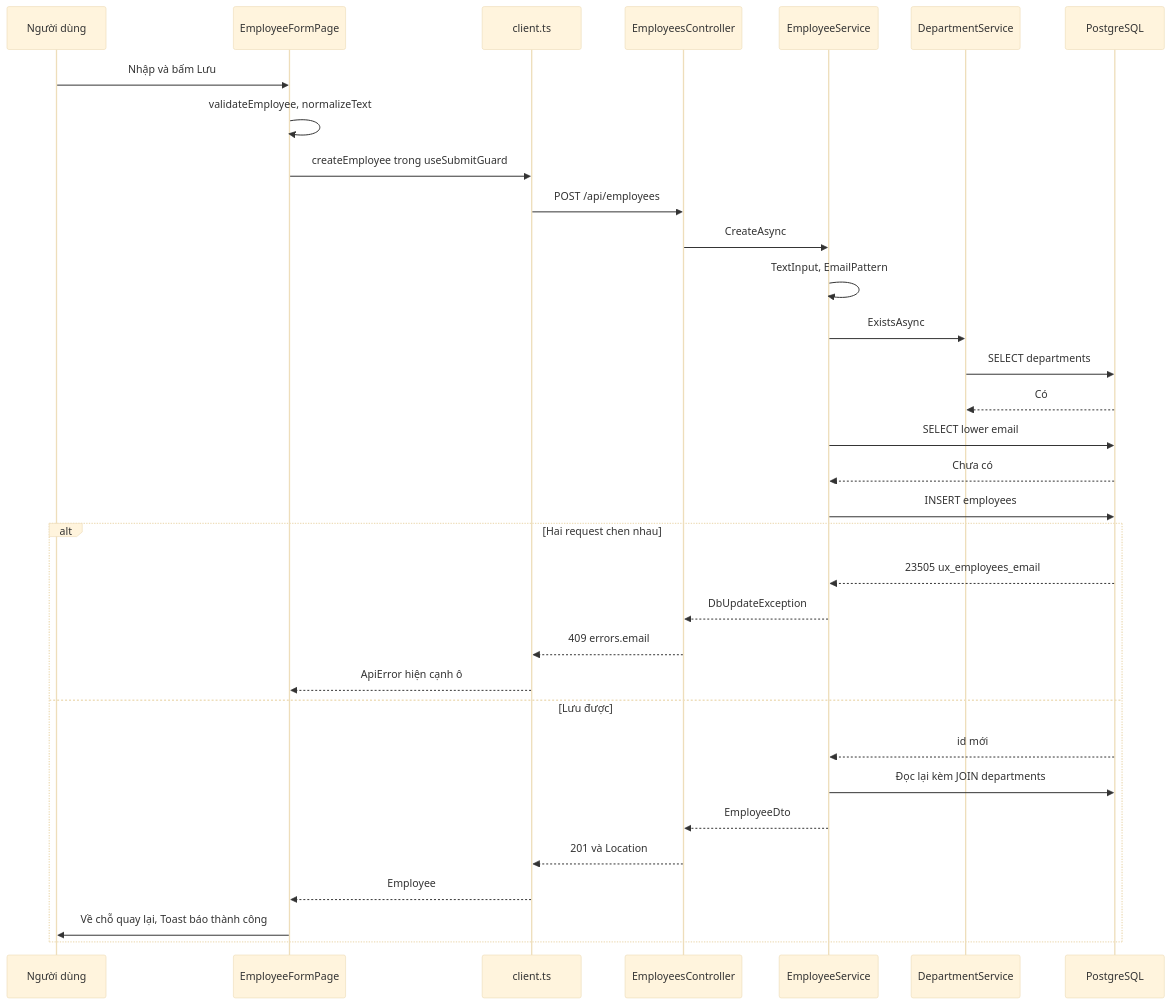
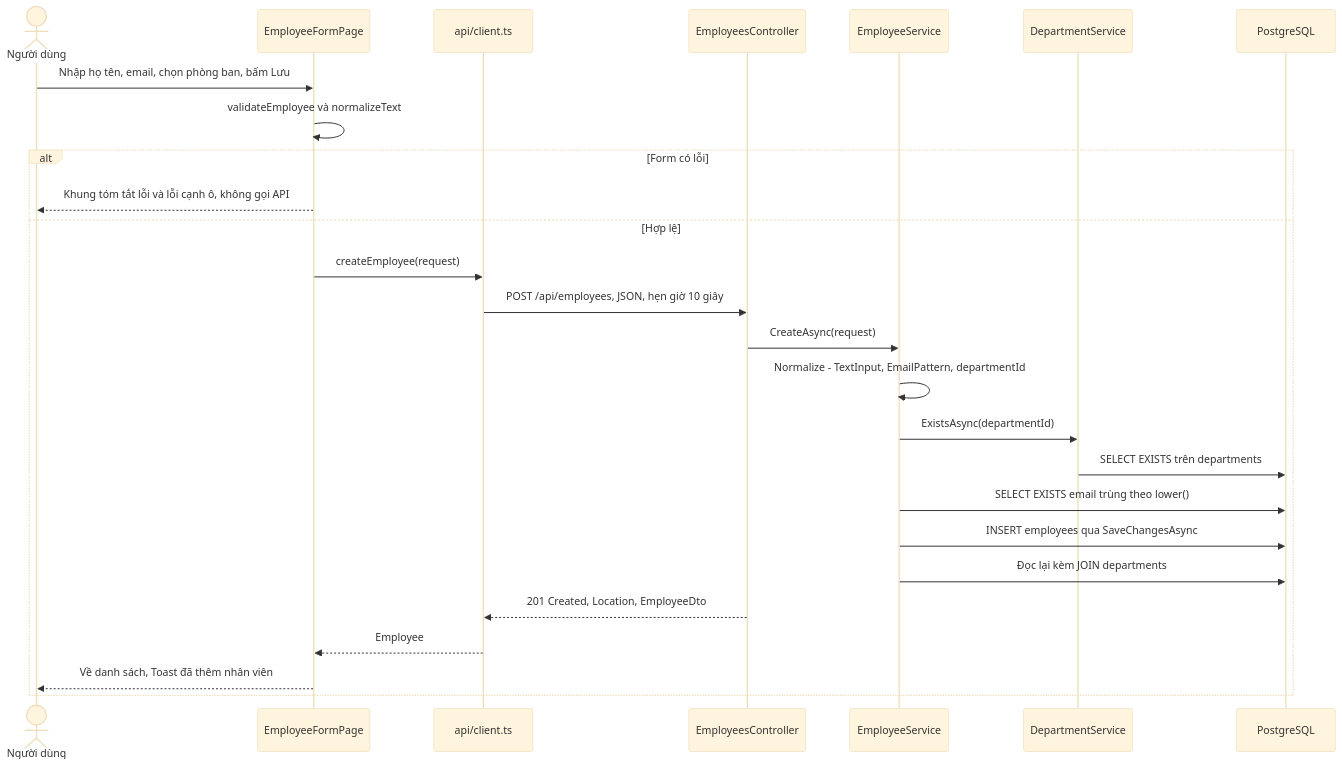
One commit to Minnhiep/employee-crud changed the second of 5 diagrams in aidlc/spaces/default/codekb/employee-crud/architecture.md. Above: the diagram before and after it, drawn with Mermaid (base theme). The commit also changed other lines of this file and 27 other files, not shown here.

````diff
--- a/aidlc/spaces/default/codekb/employee-crud/architecture.md
+++ b/aidlc/spaces/default/codekb/employee-crud/architecture.md
@@ -84,35 +99,28 @@
 ```mermaid
 sequenceDiagram
-    participant U as Người dùng
-    participant F as EmployeeFormPage
-    participant C as client.ts
-    participant A as EmployeesController
-    participant S as EmployeeService
-    participant D as DepartmentService
-    participant P as PostgreSQL
-    U->>F: Nhập và bấm Lưu
-    F->>F: validateEmployee, normalizeText
-    F->>C: createEmployee trong useSubmitGuard
-    C->>A: POST /api/employees
-    A->>S: CreateAsync
-    S->>S: TextInput, EmailPattern
-    S->>D: ExistsAsync
-    D->>P: SELECT departments
-    P-->>D: Có
-    S->>P: SELECT lower email
-    P-->>S: Chưa có
-    S->>P: INSERT employees
-    alt Hai request chen nhau
-        P-->>S: 23505 ux_employees_email
-        S-->>A: DbUpdateException
-        A-->>C: 409 errors.email
-        C-->>F: ApiError hiện cạnh ô
-    else Lưu được
-        P-->>S: id mới
-        S->>P: Đọc lại kèm JOIN departments
-        S-->>A: EmployeeDto
-        A-->>C: 201 và Location
-        C-->>F: Employee
-        F->>U: Về chỗ quay lại, Toast báo thành công
-    end
+  actor U as Người dùng
+  participant F as EmployeeFormPage
+  participant C as api/client.ts
+  participant EC as EmployeesController
+  participant ES as EmployeeService
+  participant DS as DepartmentService
+  participant PG as PostgreSQL
+  U->>F: Nhập họ tên, email, chọn phòng ban, bấm Lưu
+  F->>F: validateEmployee và normalizeText
+  alt Form có lỗi
+    F-->>U: Khung tóm tắt lỗi và lỗi cạnh ô, không gọi API
+  else Hợp lệ
+    F->>C: createEmployee(request)
+    C->>EC: POST /api/employees, JSON, hẹn giờ 10 giây
+    EC->>ES: CreateAsync(request)
+    ES->>ES: Normalize - TextInput, EmailPattern, departmentId
+    ES->>DS: ExistsAsync(departmentId)
+    DS->>PG: SELECT EXISTS trên departments
+    ES->>PG: SELECT EXISTS email trùng theo lower()
+    ES->>PG: INSERT employees qua SaveChangesAsync
+    ES->>PG: Đọc lại kèm JOIN departments
+    EC-->>C: 201 Created, Location, EmployeeDto
+    C-->>F: Employee
+    F-->>U: Về danh sách, Toast đã thêm nhân viên
+  end
 ```
````
